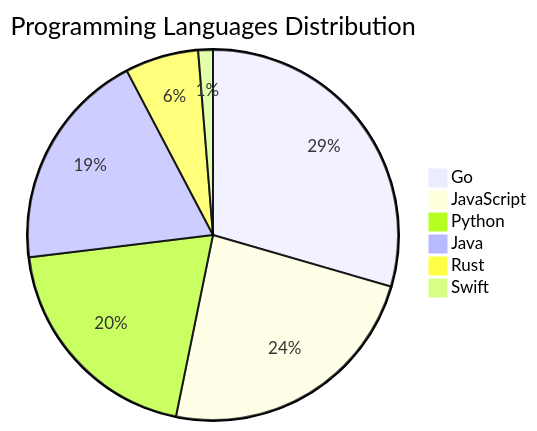
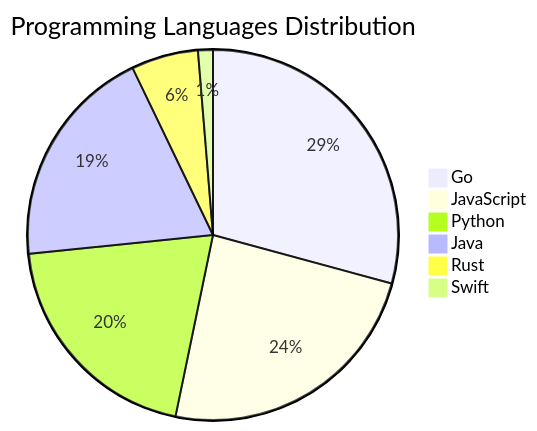
Before and after one commit to Derrick-MUGISHA/github-activity-bot: the diagram in README.md, drawn with Mermaid. The commit also changed other lines of this file and 4 other files, not shown here.

````diff
--- a/README.md
+++ b/README.md
@@ -206,9 +206,9 @@
 ```mermaid
 pie title Programming Languages Distribution
-    "Go" : 46
+    "Go" : 45
     "JavaScript" : 37
     "Python" : 31
     "Java" : 30
-    "Rust" : 10
+    "Rust" : 9
     "Swift" : 2
 ```
````
